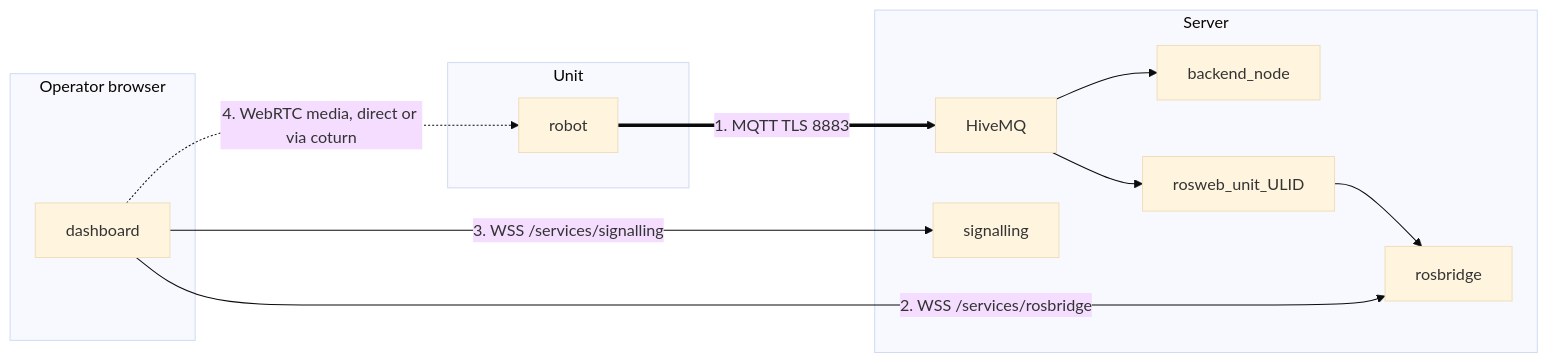
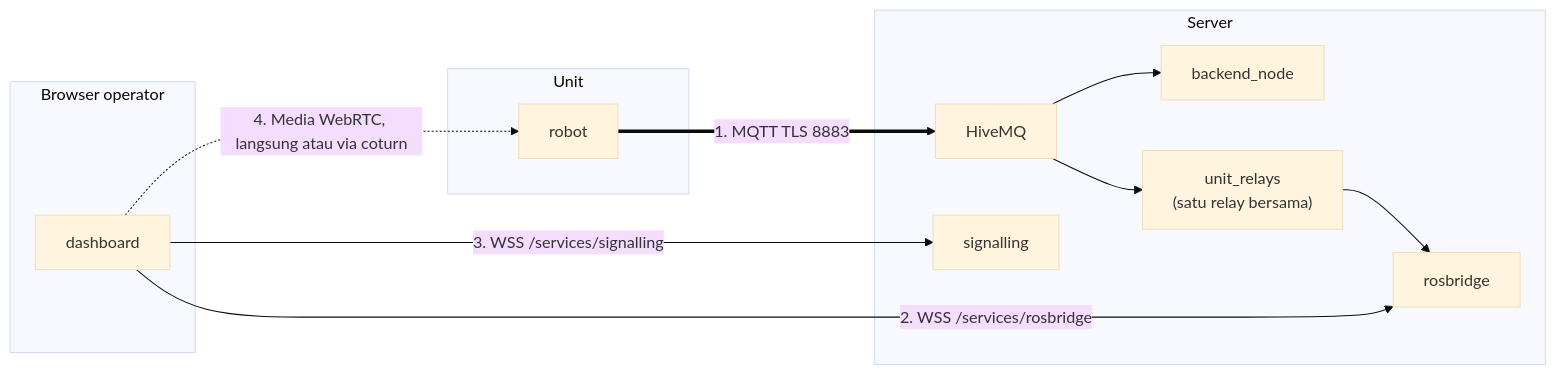
The diagram in docs/id/setup/system-setup.md (itbdelaboprogramming/msd700_documentation), drawn with Mermaid (base theme) before and after one commit. The commit also changed other lines of this file and 110 other files, not shown here.

````diff
--- a/docs/id/setup/system-setup.md
+++ b/docs/id/setup/system-setup.md
@@ -14,23 +11,23 @@
 ```mermaid
 flowchart LR
   subgraph U["Unit"]
     R["robot"]
   end
   subgraph S["Server"]
     MQ["HiveMQ"]
     BE["backend_node"]
-    UC["rosweb_unit_ULID"]
+    FR["unit_relays<br/>(satu relay bersama)"]
     RB["rosbridge"]
     SIG["signalling"]
   end
-  subgraph B["Operator browser"]
+  subgraph B["Browser operator"]
     UI["dashboard"]
   end
 
   R ==>|"1. MQTT TLS 8883"| MQ
   MQ --> BE
-  MQ --> UC --> RB
+  MQ --> FR --> RB
   UI -->|"2. WSS /services/rosbridge"| RB
   UI -->|"3. WSS /services/signalling"| SIG
-  UI -.->|"4. WebRTC media, direct or via coturn"| R
+  UI -.->|"4. Media WebRTC, langsung atau via coturn"| R
 ```
````
